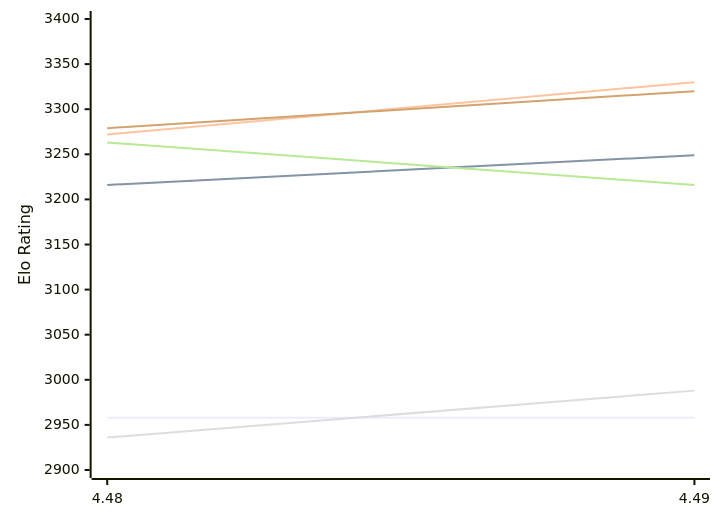
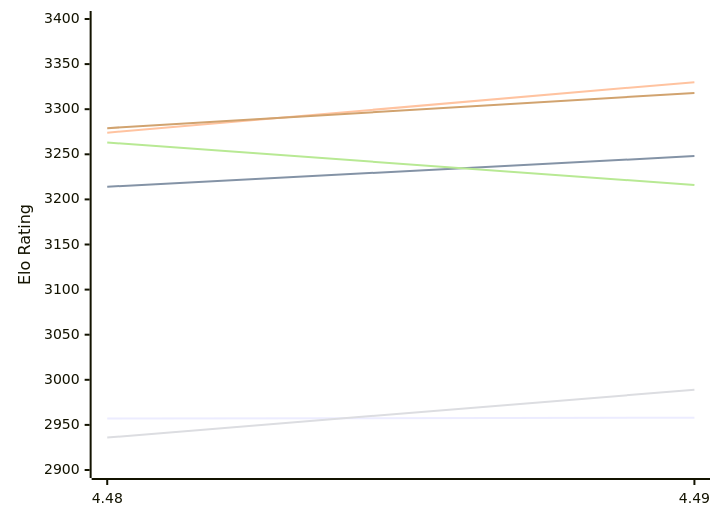
The first of 2 diagrams in engines/Cheng4.md (computer-chess-index/cci), drawn with Mermaid before and after one commit. The commit also changed other lines of this file, not shown here.

Commit message:
Update CCI Ratings (ELO VLTC) - 2026-11-28

````diff
--- a/engines/Cheng4.md
+++ b/engines/Cheng4.md
@@ -50,12 +50,12 @@
 ```mermaid
 %%{init: {"theme":"base","themeVariables":{"seriesColors:['#a3a3a3','#222221','#faa371']}}}%%
 xychart-beta
   x-axis ["4.48", "4.49"]
   y-axis "Elo Rating" 2900 --> 3400
-  line "E1: STC (8.0+0.08s)" [2958, 2958]
-  line "E1: LTC (60.0+0.60s)" [3216, 3249]
-  line "E1: VLTC (2m24s+1.12s)" [3272, 3330]
-  line "P1: STC (8.0+0.08s)" [2936, 2988]
+  line "E1: STC (8.0+0.08s)" [2957, 2958]
+  line "E1: LTC (60.0+0.60s)" [3214, 3248]
+  line "E1: VLTC (2m24s+1.12s)" [3274, 3330]
+  line "P1: STC (8.0+0.08s)" [2936, 2989]
   line "P1: LTC (60.0+0.60s)" [3263, 3216]
-  line "P1: VLTC (2m24s+1.12s)" [3279, 3320]
+  line "P1: VLTC (2m24s+1.12s)" [3279, 3318]
 ```
````
